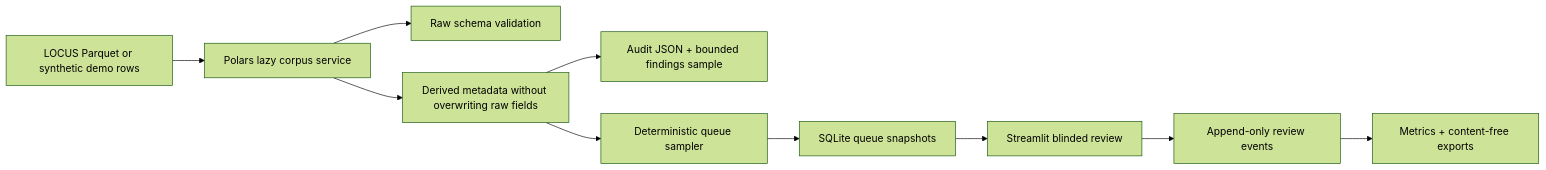
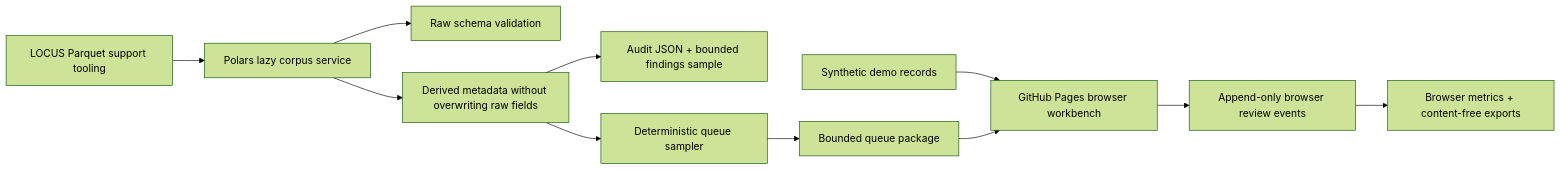
Before and after one commit to evcatalyst/evolocus: the diagram in docs/local-law-analytics-platform.md, drawn with Mermaid (forest theme). The commit also changed other lines of this file and 15 other files, not shown here.

Commit message:
feat: make GitHub Pages the primary evaluator surface

````diff
--- a/docs/local-law-analytics-platform.md
+++ b/docs/local-law-analytics-platform.md
@@ -46,12 +47,13 @@
 ```mermaid
 flowchart LR
-  A["LOCUS Parquet or synthetic demo rows"] --> B["Polars lazy corpus service"]
+  A["LOCUS Parquet support tooling"] --> B["Polars lazy corpus service"]
   B --> C["Raw schema validation"]
   B --> D["Derived metadata without overwriting raw fields"]
   D --> E["Audit JSON + bounded findings sample"]
   D --> F["Deterministic queue sampler"]
-  F --> G["SQLite queue snapshots"]
-  G --> H["Streamlit blinded review"]
-  H --> I["Append-only review events"]
-  I --> J["Metrics + content-free exports"]
+  F --> G["Bounded queue package"]
+  H["Synthetic demo records"] --> I["GitHub Pages browser workbench"]
+  G --> I
+  I --> J["Append-only browser review events"]
+  J --> K["Browser metrics + content-free exports"]
 ```
````
